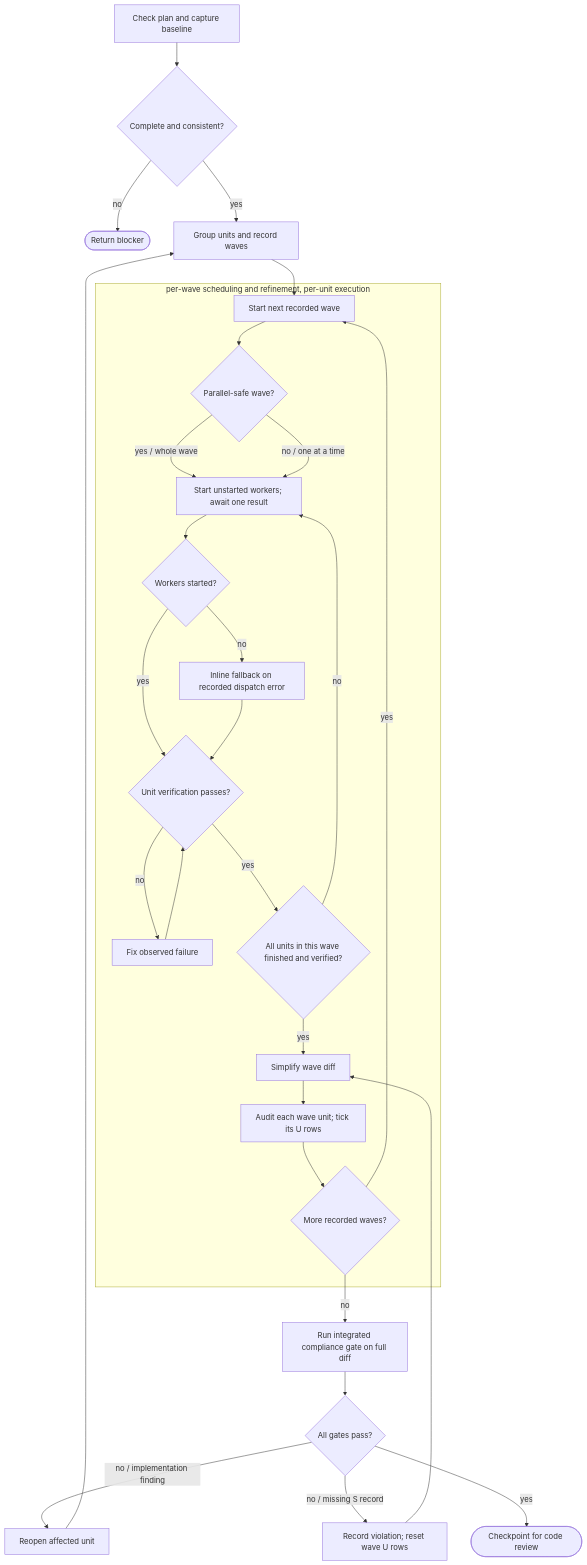
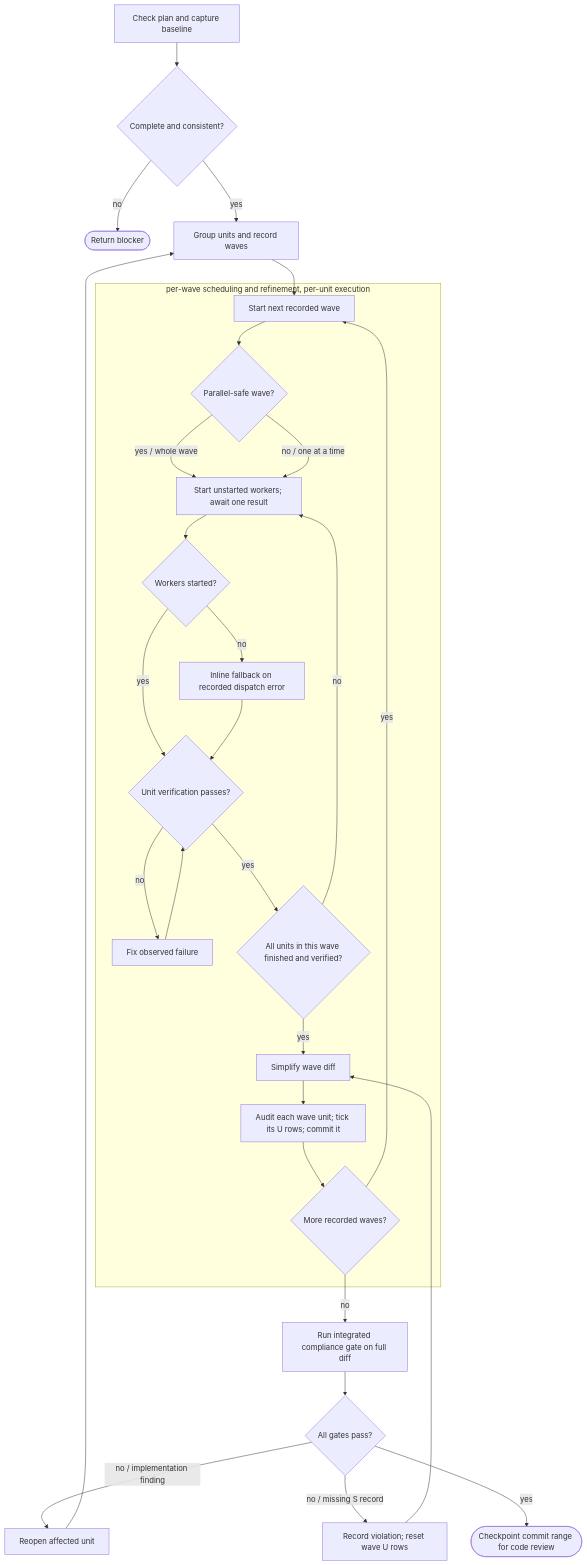
The diagram in wayne-work/SKILL.md (waynejing995/wayne-taste), drawn with Mermaid before and after one commit. The commit also changed other lines of this file, not shown here.

First line of the commit message:
feat:/wayne-work - commit each audited unit

````diff
--- a/wayne-work/SKILL.md
+++ b/wayne-work/SKILL.md
@@ -20,53 +20,53 @@
 ```mermaid
 flowchart TB
     A["Check plan and capture baseline"]
     B{"Complete and consistent?"}
     X(["Return blocker"])
     C["Group units and record waves"]
 
     subgraph cluster_unit["per-wave scheduling and refinement, per-unit execution"]
         D["Start next recorded wave"]
         E{"Parallel-safe wave?"}
         R["Start unstarted workers; await one result"]
         P{"Workers started?"}
         F["Inline fallback on recorded dispatch error"]
         G{"Unit verification passes?"}
         T["Fix observed failure"]
         W{"All units in this wave finished and verified?"}
         S["Simplify wave diff"]
-        H["Audit each wave unit; tick its U rows"]
+        H["Audit each wave unit; tick its U rows; commit it"]
         I{"More recorded waves?"}
     end
 
     J["Run integrated compliance gate on full diff"]
     K{"All gates pass?"}
     M["Reopen affected unit"]
-    L(["Checkpoint for code review"])
+    L(["Checkpoint commit range for code review"])
 
     A --> B
     B -->|"no"| X
     B -->|"yes"| C
     C --> D
     D --> E
     E -->|"yes / whole wave"| R
     E -->|"no / one at a time"| R
     R --> P
     P -->|"yes"| G
     P -->|"no"| F
     F --> G
     G -->|"no"| T
     T --> G
     G -->|"yes"| W
     W -->|"no"| R
     W -->|"yes"| S
     S --> H
     H --> I
     I -->|"yes"| D
     I -->|"no"| J
     J --> K
     K -->|"no / implementation finding"| M
     M --> C
     K -->|"no / missing S record"| V["Record violation; reset wave U rows"]
     V --> S
     K -->|"yes"| L
 ```
````
